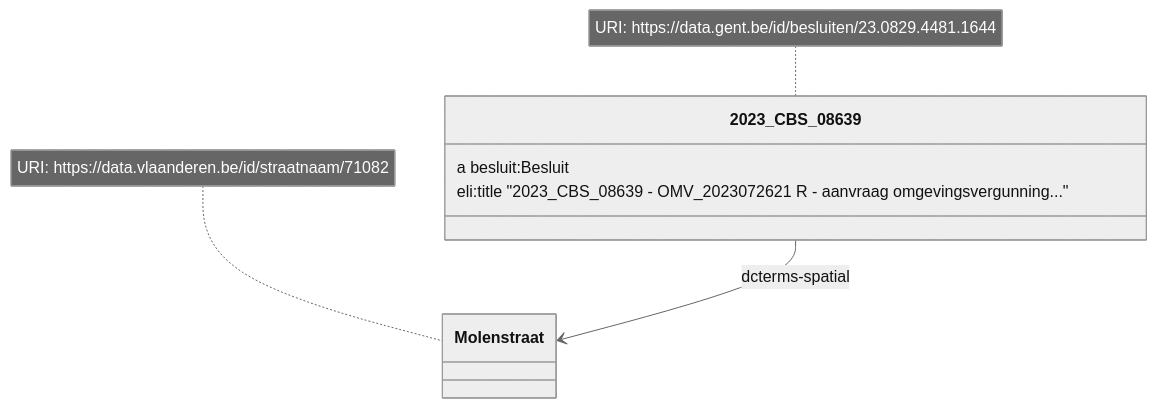
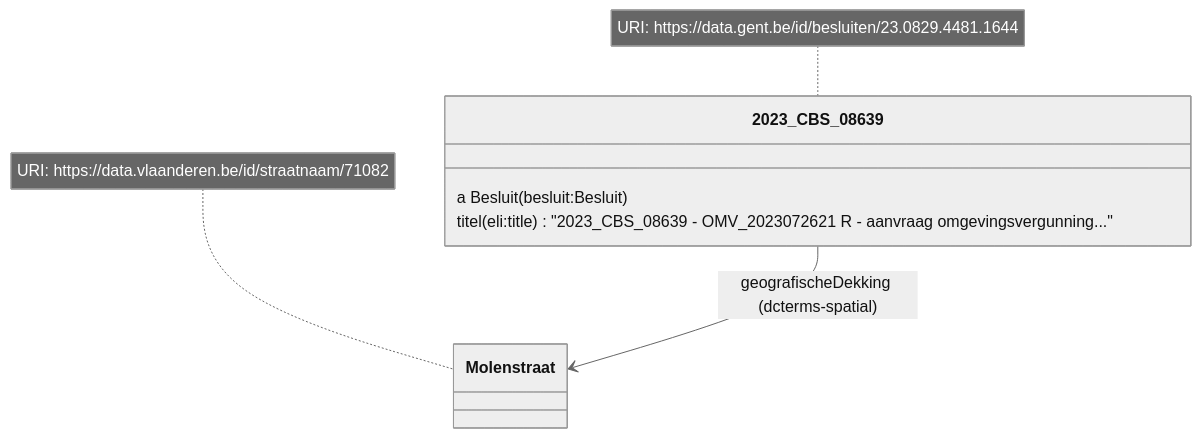
The first of 9 diagrams in README.md (Informatievlaanderen/OSLOthema-slimmeRaadpleegOmgeving), drawn with Mermaid (neutral theme) before and after one commit. The commit also changed other lines of this file, not shown here.

````diff
--- a/README.md
+++ b/README.md
@@ -24,12 +24,12 @@
 ```mermaid
 classDiagram
-    2023_CBS_08639 --> Molenstraat: dcterms-spatial
+    2023_CBS_08639 --> Molenstraat: geografischeDekking (dcterms-spatial)
     note for 2023_CBS_08639 "URI: https://data.gent.be/id/besluiten/23.0829.4481.1644"
     note for Molenstraat "URI: https://data.vlaanderen.be/id/straatnaam/71082"
     class 2023_CBS_08639 {
-      a besluit:Besluit
-      eli:title "2023_CBS_08639 - OMV_2023072621 R - aanvraag omgevingsvergunning..."
+      a Besluit (besluit:Besluit)
+      titel (eli:title) "2023_CBS_08639 - OMV_2023072621 R - aanvraag omgevingsvergunning..."
     }
     class Molenstraat {
     }
 ```
````
